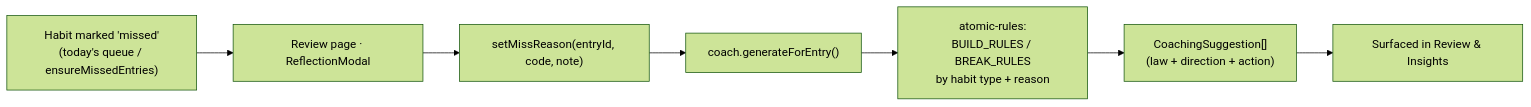
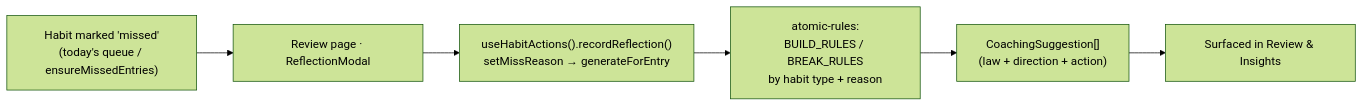
One commit to dinooo13/habit-tracker changed the third of 3 diagrams in docs/architecture.md. Above: the diagram before and after it, drawn with Mermaid (forest theme). The commit also changed other lines of this file and 10 other files, not shown here.

First line of the commit message:
refactor(#54): route cross-store entry transactions through useHabitActions

````diff
--- a/docs/architecture.md
+++ b/docs/architecture.md
@@ -135,12 +138,11 @@
 ```mermaid
 flowchart LR
   miss["Habit marked 'missed'<br/>(today's queue / ensureMissedEntries)"]
   review["Review page · ReflectionModal"]
-  reason["setMissReason(entryId, code, note)"]
-  gen["coach.generateForEntry()"]
+  svc["useHabitActions().recordReflection()<br/>setMissReason → generateForEntry"]
   rules["atomic-rules:<br/>BUILD_RULES / BREAK_RULES<br/>by habit type + reason"]
   out["CoachingSuggestion[]<br/>(law + direction + action)"]
   show["Surfaced in Review & Insights"]
 
-  miss --> review --> reason --> gen --> rules --> out --> show
+  miss --> review --> svc --> rules --> out --> show
 ```
````
